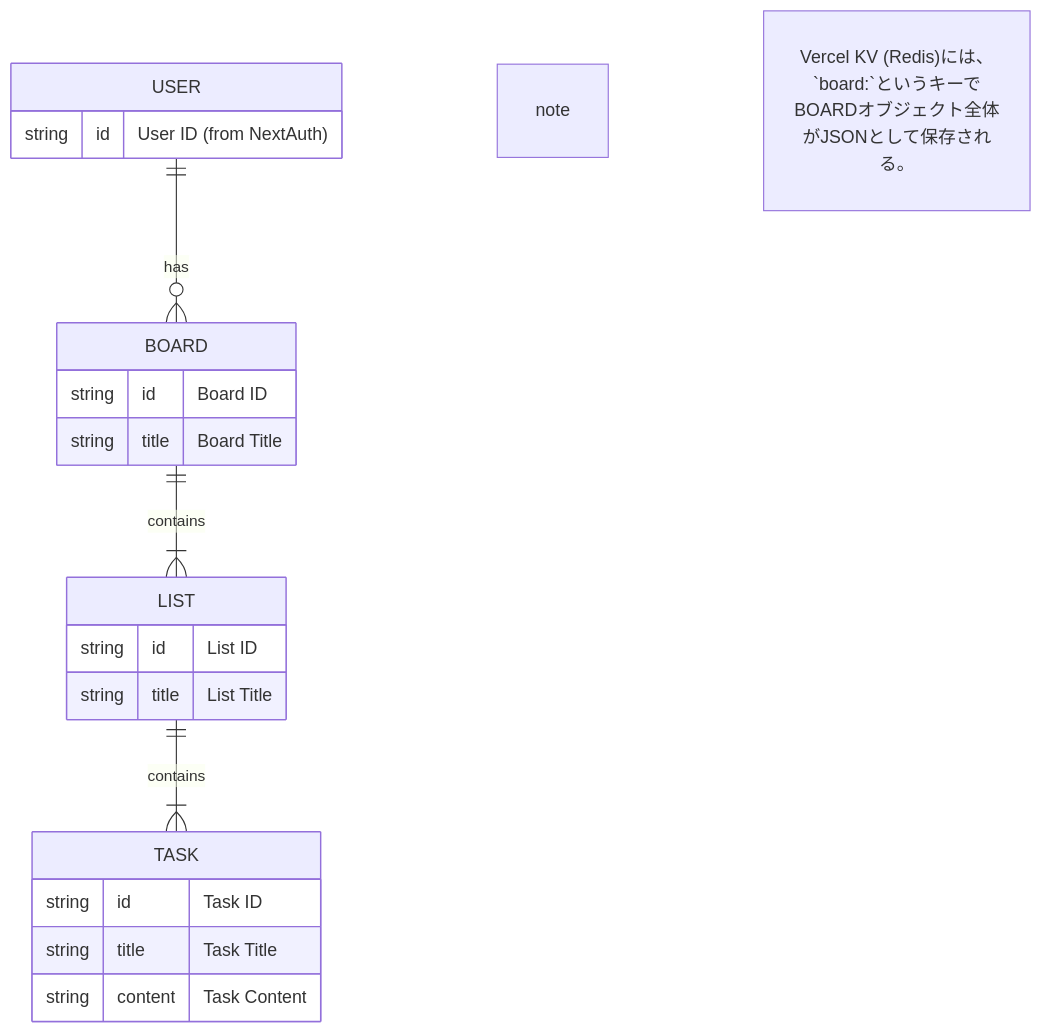
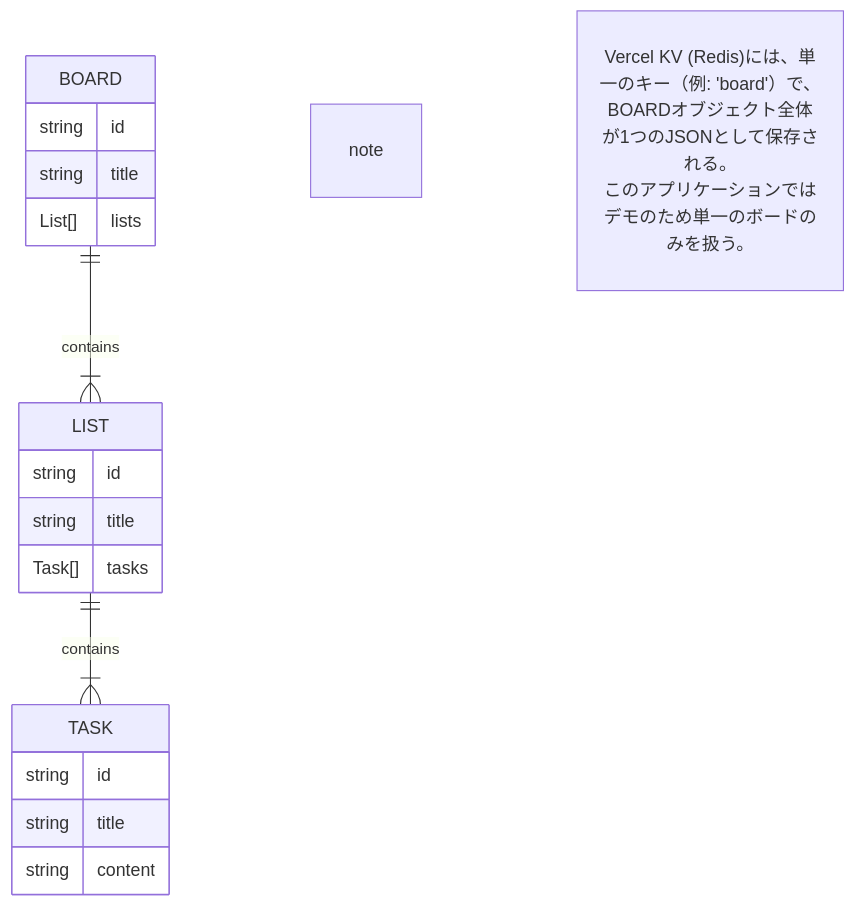
Before and after one commit to hideaki1979/geminicli_todo: the third of 3 diagrams in README.md, drawn with Mermaid. The commit also changed other lines of this file, not shown here.

Commit message:
feat: README見直し(PR対応)

````diff
--- a/README.md
+++ b/README.md
@@ -168,30 +172,25 @@
 ```mermaid
 erDiagram
-    USER ||--o{ BOARD : "has"
-
-    USER {
-        string id "User ID (from NextAuth)"
+    BOARD {
+        string id
+        string title
+        List[] lists
     }
 
-    BOARD {
-        string id "Board ID"
-        string title "Board Title"
+    LIST {
+        string id
+        string title
+        Task[] tasks
+    }
+
+    TASK {
+        string id
+        string title
+        string content
     }
 
     BOARD ||--|{ LIST : "contains"
-
-    LIST {
-        string id "List ID"
-        string title "List Title"
-    }
-
     LIST ||--|{ TASK : "contains"
 
-    TASK {
-        string id "Task ID"
-        string title "Task Title"
-        string content "Task Content"
-    }
-
-    note "Vercel KV (Redis)には、`board:<userId>`というキーでBOARDオブジェクト全体がJSONとして保存される。"
+    note "Vercel KV (Redis)には、単一のキー（例: 'board'）で、<br>BOARDオブジェクト全体が1つのJSONとして保存される。<br>このアプリケーションではデモのため単一のボードのみを扱う。"
 ```
````
